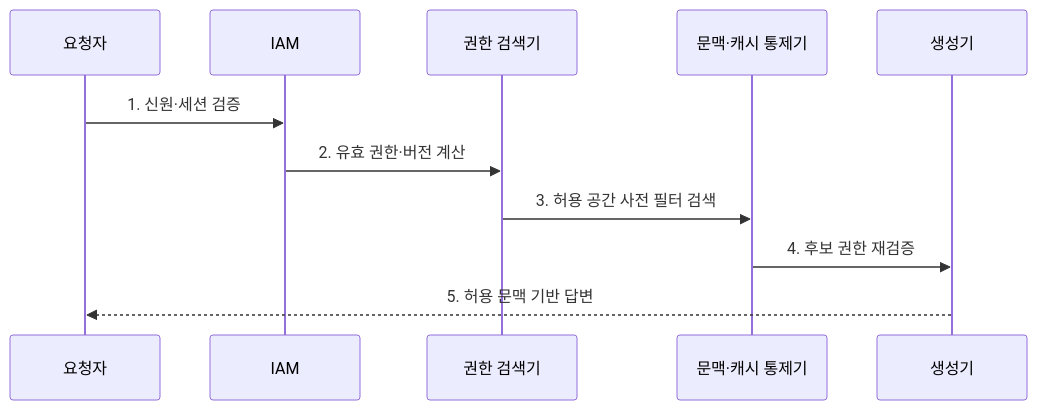
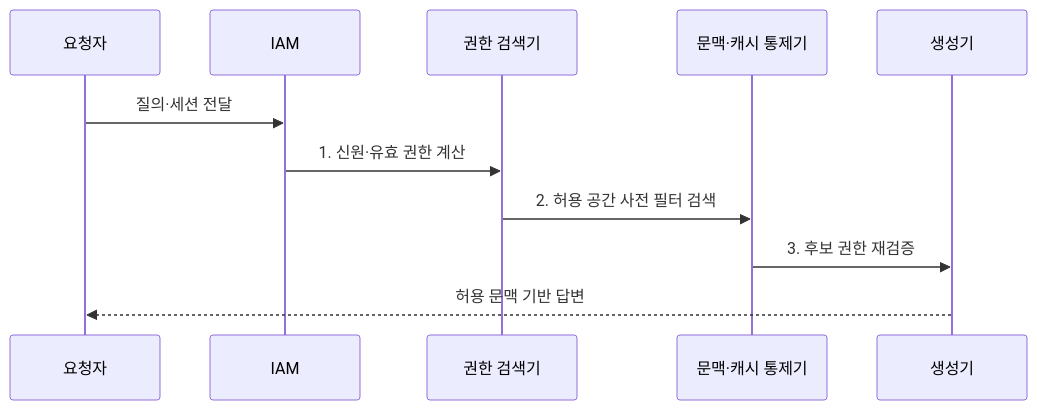
Before and after one commit to agnusdei1207/knowledge-base: the second of 2 diagrams in src/content/docs/notes/08-latest-tech/085_permission_aware_rag.md, drawn with Mermaid. The commit also changed other lines of this file and 225 other files, not shown here.

````diff
--- a/src/content/docs/notes/08-latest-tech/085_permission_aware_rag.md
+++ b/src/content/docs/notes/08-latest-tech/085_permission_aware_rag.md
@@ -76,13 +76,13 @@
 ```mermaid
 sequenceDiagram
     participant U as 요청자
     participant I as IAM
     participant R as 권한 검색기
     participant C as 문맥·캐시 통제기
     participant G as 생성기
-    U->>I: 1. 신원·세션 검증
-    I->>R: 2. 유효 권한·버전 계산
-    R->>C: 3. 허용 공간 사전 필터 검색
-    C->>G: 4. 후보 권한 재검증
-    G-->>U: 5. 허용 문맥 기반 답변
+    U->>I: 질의·세션 전달
+    I->>R: 1. 신원·유효 권한 계산
+    R->>C: 2. 허용 공간 사전 필터 검색
+    C->>G: 3. 후보 권한 재검증
+    G-->>U: 허용 문맥 기반 답변
 ```
````
